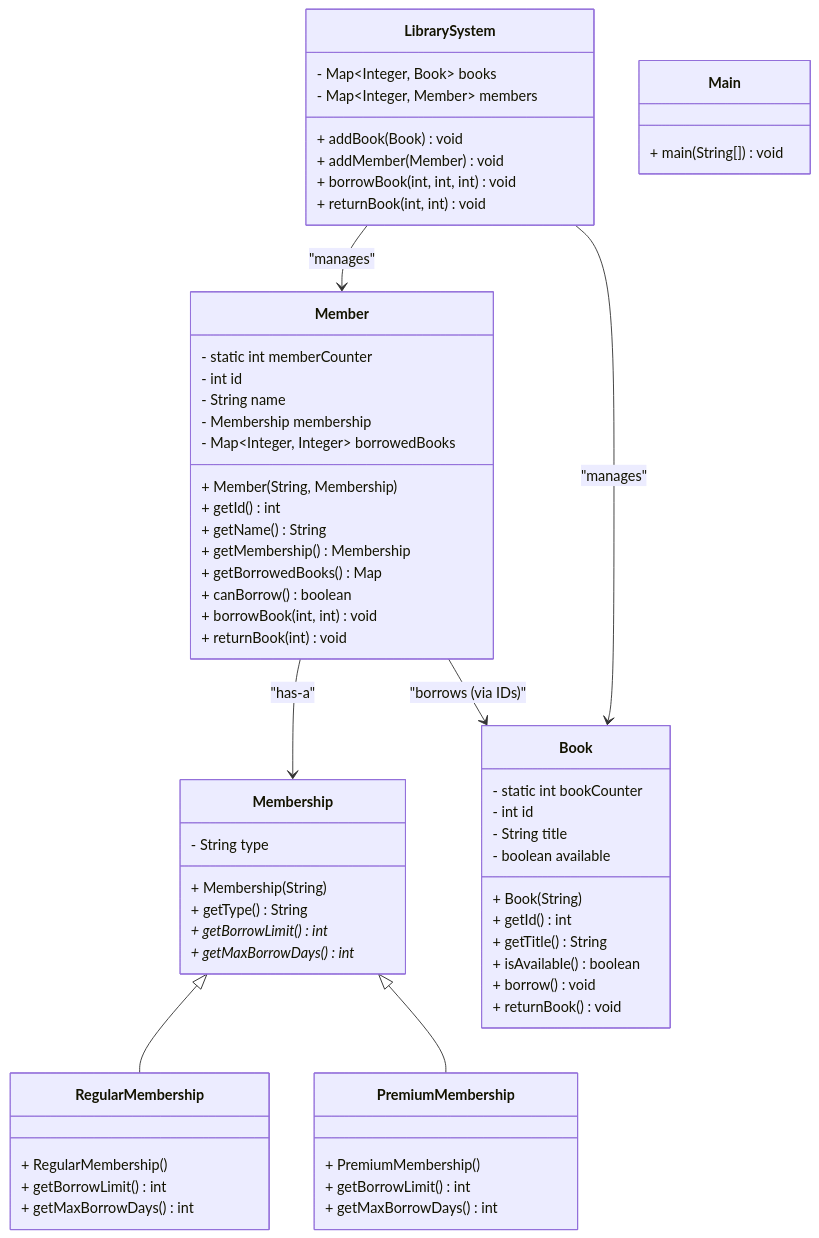
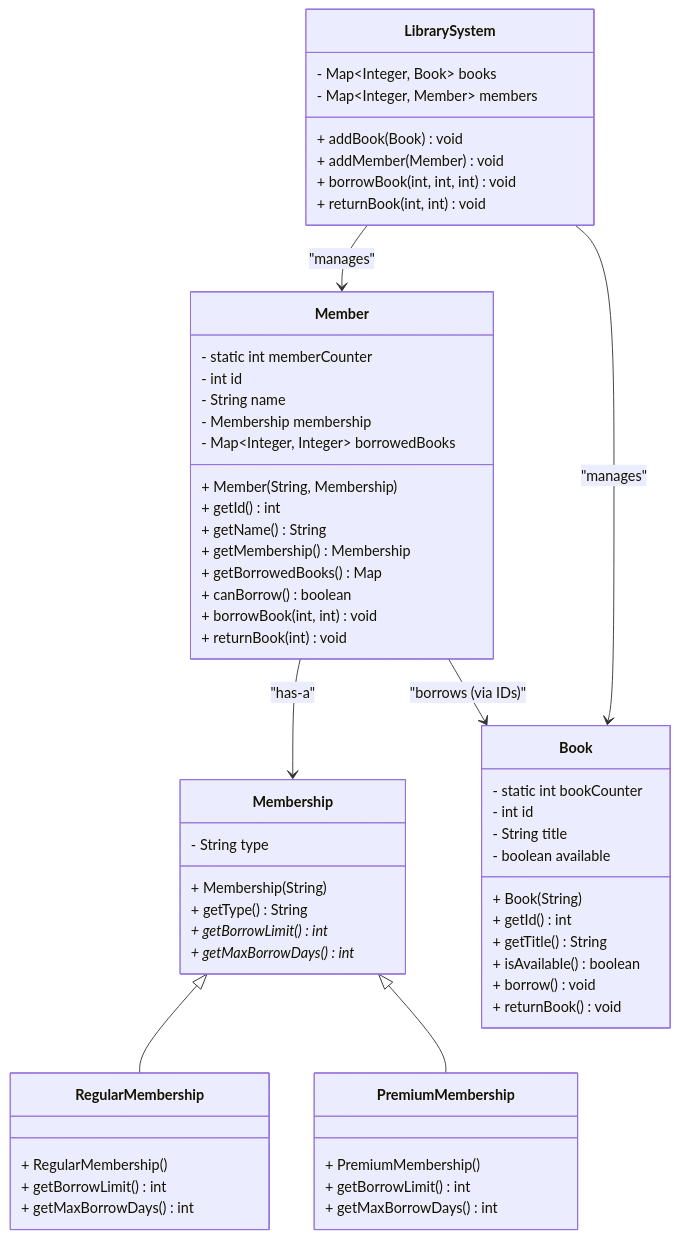
One commit to srimani-ravikumar/interview-prep changed the diagram in OOP/2_Problems_Solving_Using_OOP/Medium/Library_Membership_System/LibraryMembershipSystem.md. Above: the diagram before and after it, drawn with Mermaid.

````diff
--- a/OOP/2_Problems_Solving_Using_OOP/Medium/Library_Membership_System/LibraryMembershipSystem.md
+++ b/OOP/2_Problems_Solving_Using_OOP/Medium/Library_Membership_System/LibraryMembershipSystem.md
@@ -1,78 +1,74 @@
 ```mermaid
 
 classDiagram
     direction TB
 
     class Membership {
         - String type
         + Membership(String)
         + getType() String
         + getBorrowLimit() int*
         + getMaxBorrowDays() int*
     }
 
     class RegularMembership {
         + RegularMembership()
         + getBorrowLimit() int
         + getMaxBorrowDays() int
     }
 
     class PremiumMembership {
         + PremiumMembership()
         + getBorrowLimit() int
         + getMaxBorrowDays() int
     }
 
     class Book {
         - static int bookCounter
         - int id
         - String title
         - boolean available
         + Book(String)
         + getId() int
         + getTitle() String
         + isAvailable() boolean
         + borrow() void
         + returnBook() void
     }
 
     class Member {
         - static int memberCounter
         - int id
         - String name
         - Membership membership
         - Map~Integer, Integer~ borrowedBooks
         + Member(String, Membership)
         + getId() int
         + getName() String
         + getMembership() Membership
         + getBorrowedBooks() Map
         + canBorrow() boolean
         + borrowBook(int, int) void
         + returnBook(int) void
     }
 
     class LibrarySystem {
         - Map~Integer, Book~ books
         - Map~Integer, Member~ members
         + addBook(Book) void
         + addMember(Member) void
         + borrowBook(int, int, int) void
         + returnBook(int, int) void
     }
 
-    class Main {
-        + main(String[]) void
-    }
-
     %% Relationships
     Membership <|-- RegularMembership
     Membership <|-- PremiumMembership
 
     Member --> Membership : "has-a"
     LibrarySystem --> Book : "manages"
     LibrarySystem --> Member : "manages"
 
     Member --> Book : "borrows (via IDs)"
 
 ```
````
